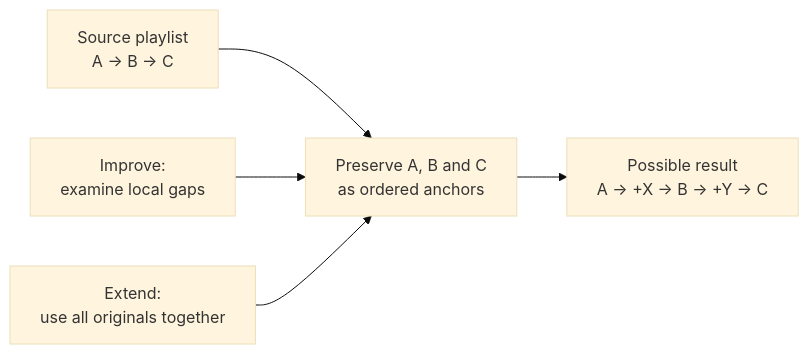
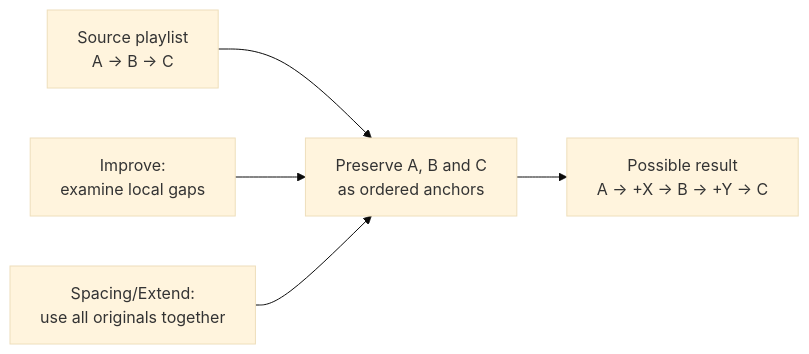
The seventh of 13 diagrams in ALGORITHMS.md (chrober/lms-better-call-bliss), drawn with Mermaid (base theme) before and after one commit. The commit also changed other lines of this file and 11 other files, not shown here.

```diff
--- a/ALGORITHMS.md
+++ b/ALGORITHMS.md
@@ -316,7 +319,7 @@
 ~~~mermaid
 flowchart LR
     S["Source playlist<br/>A -> B -> C"] --> P["Preserve A, B and C<br/>as ordered anchors"]
     G["Improve:<br/>examine local gaps"] --> P
-    E["Extend:<br/>use all originals together"] --> P
+    S2["Spacing/Extend:<br/>use all originals together"] --> P
     P --> R["Possible result<br/>A -> +X -> B -> +Y -> C"]
 ~~~
```
